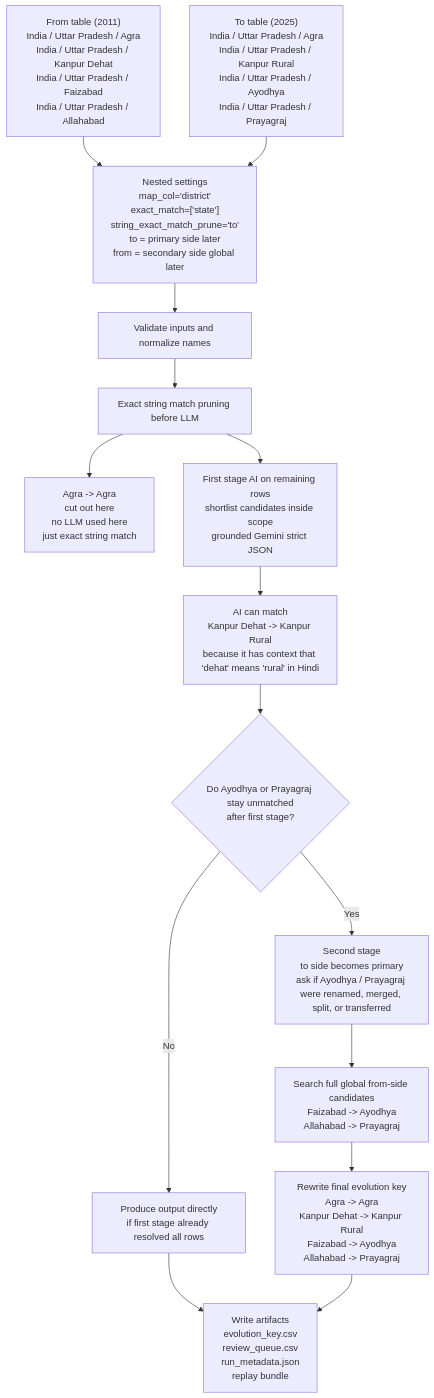
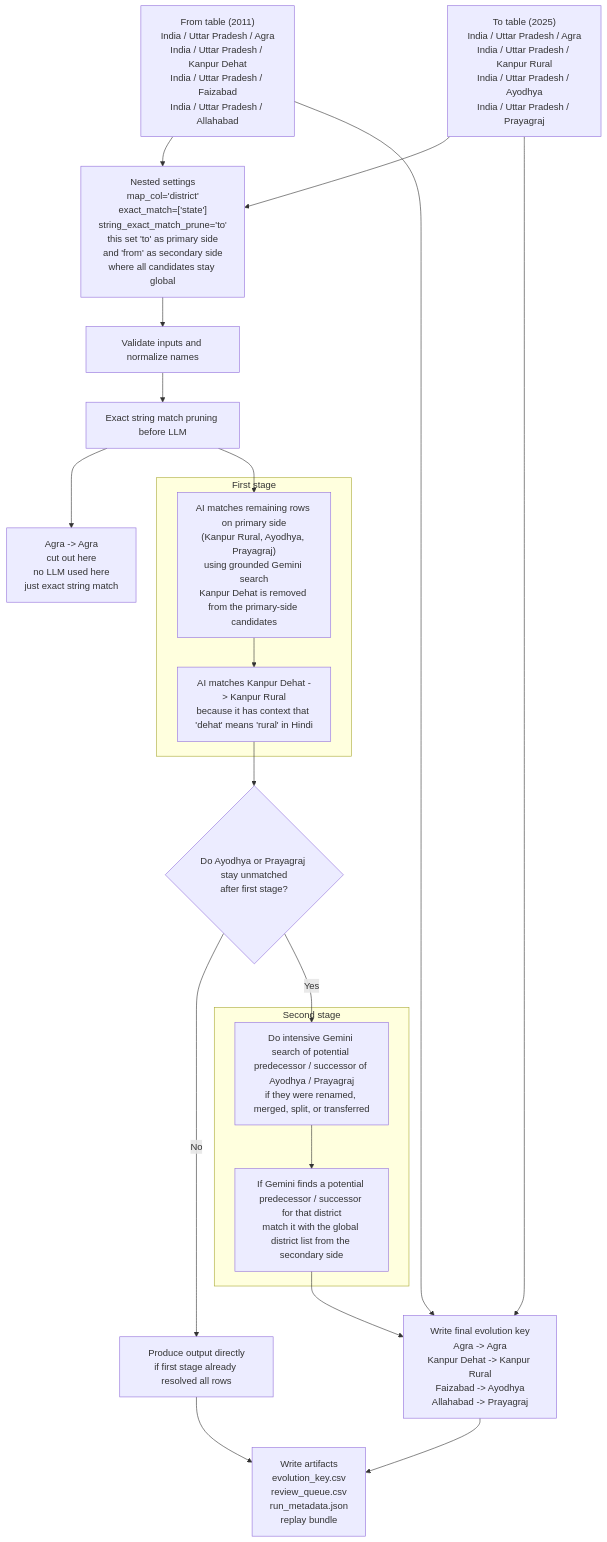
Before and after one commit to TahaIbrahimSiddiqui/AdminLineageAI: the diagram in README.md, drawn with Mermaid. The commit also changed other lines of this file, not shown here.

Commit message:
docs(readme): refine final flowchart output path
Update the README flowchart to use the final evolution key wording and connect both input tables directly into that output box.

````diff
--- a/README.md
+++ b/README.md
@@ -129,32 +129,44 @@
 ```mermaid
 flowchart TD
     A["From table (2011)<br/>India / Uttar Pradesh / Agra<br/>India / Uttar Pradesh / Kanpur Dehat<br/>India / Uttar Pradesh / Faizabad<br/>India / Uttar Pradesh / Allahabad"]
     B["To table (2025)<br/>India / Uttar Pradesh / Agra<br/>India / Uttar Pradesh / Kanpur Rural<br/>India / Uttar Pradesh / Ayodhya<br/>India / Uttar Pradesh / Prayagraj"]
-    C["Nested settings<br/>map_col='district'<br/>exact_match=['state']<br/>string_exact_match_prune='to'<br/>to = primary side later<br/>from = secondary side global later"]
+    C["Nested settings<br/>map_col='district'<br/>exact_match=['state']<br/>string_exact_match_prune='to'<br/>this set 'to' as primary side<br/>and 'from' as secondary side<br/>where all candidates stay global"]
     D["Validate inputs and normalize names"]
     E["Exact string match pruning before LLM"]
     F["Agra -> Agra<br/>cut out here<br/>no LLM used here<br/>just exact string match"]
-    G["First stage AI on remaining rows<br/>shortlist candidates inside scope<br/>grounded Gemini strict JSON"]
-    H["AI can match<br/>Kanpur Dehat -> Kanpur Rural<br/>because it has context that 'dehat' means 'rural' in Hindi"]
-    I{"Do Ayodhya or Prayagraj stay unmatched<br/>after first stage?"}
-    J["Produce output directly<br/>if first stage already resolved all rows"]
-    K["Second stage<br/>to side becomes primary<br/>ask if Ayodhya / Prayagraj were renamed, merged, split, or transferred"]
-    L["Search full global from-side candidates<br/>Faizabad -> Ayodhya<br/>Allahabad -> Prayagraj"]
-    M["Rewrite final evolution key<br/>Agra -> Agra<br/>Kanpur Dehat -> Kanpur Rural<br/>Faizabad -> Ayodhya<br/>Allahabad -> Prayagraj"]
-    N["Write artifacts<br/>evolution_key.csv<br/>review_queue.csv<br/>run_metadata.json<br/>replay bundle"]
+    H["AI matches remaining rows on primary side<br/>(Kanpur Rural, Ayodhya, Prayagraj)<br/>using grounded Gemini search<br/>Kanpur Dehat is removed from the primary-side candidates"]
+    I["AI matches Kanpur Dehat -> Kanpur Rural<br/>because it has context that 'dehat' means 'rural' in Hindi"]
+    J{"Do Ayodhya or Prayagraj stay unmatched<br/>after first stage?"}
+    K["Produce output directly<br/>if first stage already resolved all rows"]
+    L["Do intensive Gemini search of potential predecessor / successor of Ayodhya / Prayagraj<br/>if they were renamed, merged, split, or transferred"]
+    M["If Gemini finds a potential predecessor / successor for that district<br/>match it with the global district list from the secondary side"]
+    N["Write final evolution key<br/>Agra -> Agra<br/>Kanpur Dehat -> Kanpur Rural<br/>Faizabad -> Ayodhya<br/>Allahabad -> Prayagraj"]
+    O["Write artifacts<br/>evolution_key.csv<br/>review_queue.csv<br/>run_metadata.json<br/>replay bundle"]
+
+    subgraph G["First stage"]
+        H
+        I
+    end
+
+    subgraph P["Second stage"]
+        L
+        M
+    end
 
     A --> C
     B --> C
     C --> D
     D --> E
     E --> F
-    E --> G
-    G --> H
+    E --> H
     H --> I
-    I -- "No" --> J
-    I -- "Yes" --> K
-    K --> L
-    J --> N
+    I --> J
+    J -- "No" --> K
+    J -- "Yes" --> L
     L --> M
+    K --> O
+    A --> N
+    B --> N
     M --> N
+    N --> O
 ```
````
